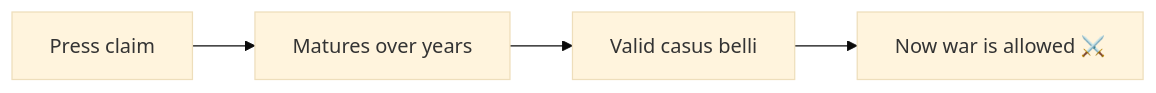
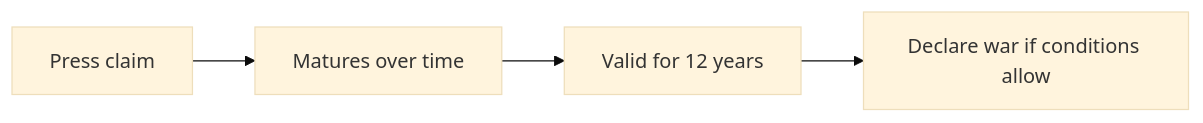
One commit to kroryan/Quartz-HispaniaBeta changed the diagram in content/realm/Diplomacy and Alliances.md. Above: the diagram before and after it, drawn with Mermaid (base theme). The commit also changed other lines of this file and 35 other files, not shown here.

````diff
--- a/content/realm/Diplomacy and Alliances.md
+++ b/content/realm/Diplomacy and Alliances.md
@@ -30,6 +30,6 @@
 ```mermaid
 flowchart LR
-    A[Press claim] --> B[Matures over years]
-    B --> C[Valid casus belli]
-    C --> D[Now war is allowed ⚔️]
+    A[Press claim] --> B[Matures over time]
+    B --> C[Valid for 12 years]
+    C --> D[Declare war if conditions allow]
 ```
````
